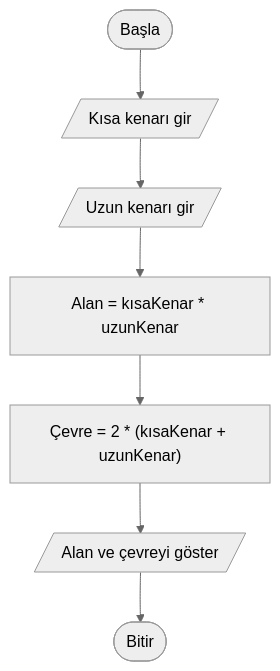
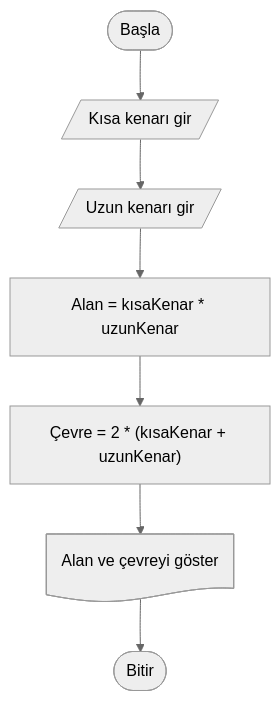
The fourth of 10 diagrams in Hafta_04_Akis_Diyagramlari_1.md (ibrahimayaz/Algoritma-ve-Programlamaya-Giris), drawn with Mermaid (neutral theme) before and after one commit. The commit also changed other lines of this file, not shown here.

````diff
--- a/Hafta_04_Akis_Diyagramlari_1.md
+++ b/Hafta_04_Akis_Diyagramlari_1.md
@@ -129,9 +130,9 @@
 ```mermaid
 graph TD
     A([Başla]) --> B[/Kısa kenarı gir/]
     B --> C[/Uzun kenarı gir/]
     C --> D[Alan = kısaKenar * uzunKenar]
     D --> E["Çevre = 2 * (kısaKenar + uzunKenar)"]
-    E --> F[/Alan ve çevreyi göster/]
+    E --> F@{ shape: doc, label: "Alan ve çevreyi göster" }
     F --> G([Bitir])
 ```
````
